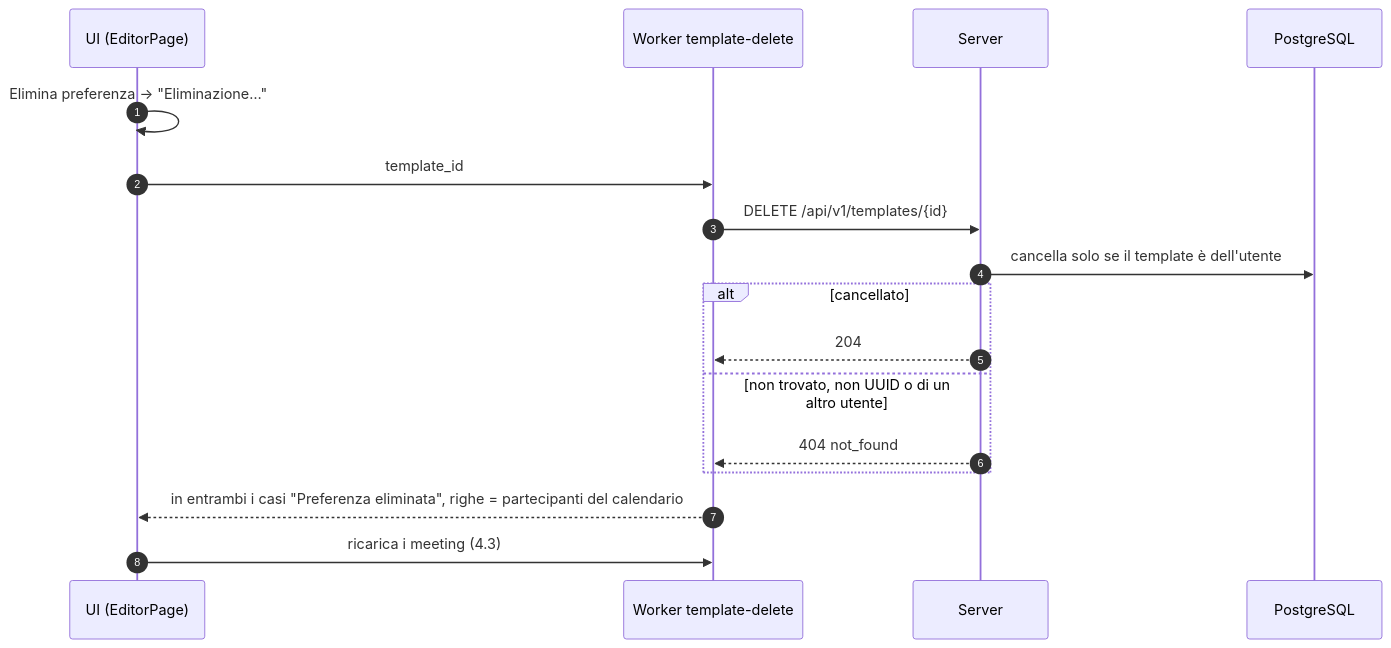
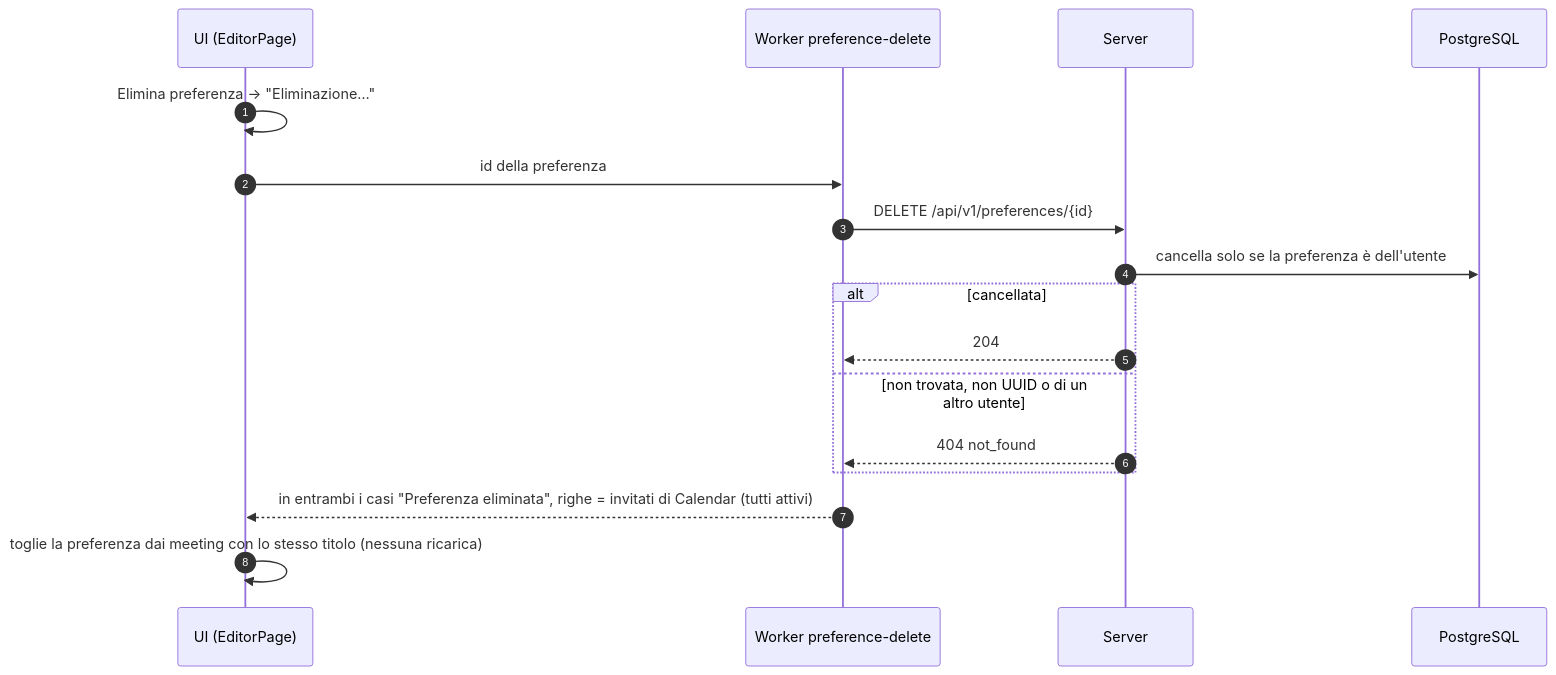
One commit to JustCris654/Schisaciaccole changed the seventh of 9 diagrams in docs/guide/flusso-frontend-backend.md. Above: the diagram before and after it, drawn with Mermaid. The commit also changed other lines of this file and 3 other files, not shown here.

First line of the commit message:
docs: describe meeting preferences and the local editor

````diff
--- a/docs/guide/flusso-frontend-backend.md
+++ b/docs/guide/flusso-frontend-backend.md
@@ -669,20 +663,20 @@
 ```mermaid
 sequenceDiagram
     autonumber
     participant UI as UI (EditorPage)
-    participant W as Worker template-delete
+    participant W as Worker preference-delete
     participant S as Server
     participant DB as PostgreSQL
 
     UI->>UI: Elimina preferenza → "Eliminazione…"
-    UI->>W: template_id
-    W->>S: DELETE /api/v1/templates/{id}
-    S->>DB: cancella solo se il template è dell'utente
-    alt cancellato
+    UI->>W: id della preferenza
+    W->>S: DELETE /api/v1/preferences/{id}
+    S->>DB: cancella solo se la preferenza è dell'utente
+    alt cancellata
         S-->>W: 204
-    else non trovato, non UUID o di un altro utente
+    else non trovata, non UUID o di un altro utente
         S-->>W: 404 not_found
     end
-    W-->>UI: in entrambi i casi "Preferenza eliminata", righe = partecipanti del calendario
-    UI->>W: ricarica i meeting (4.3)
+    W-->>UI: in entrambi i casi "Preferenza eliminata", righe = invitati di Calendar (tutti attivi)
+    UI->>UI: toglie la preferenza dai meeting con lo stesso titolo (nessuna ricarica)
 ```
````
